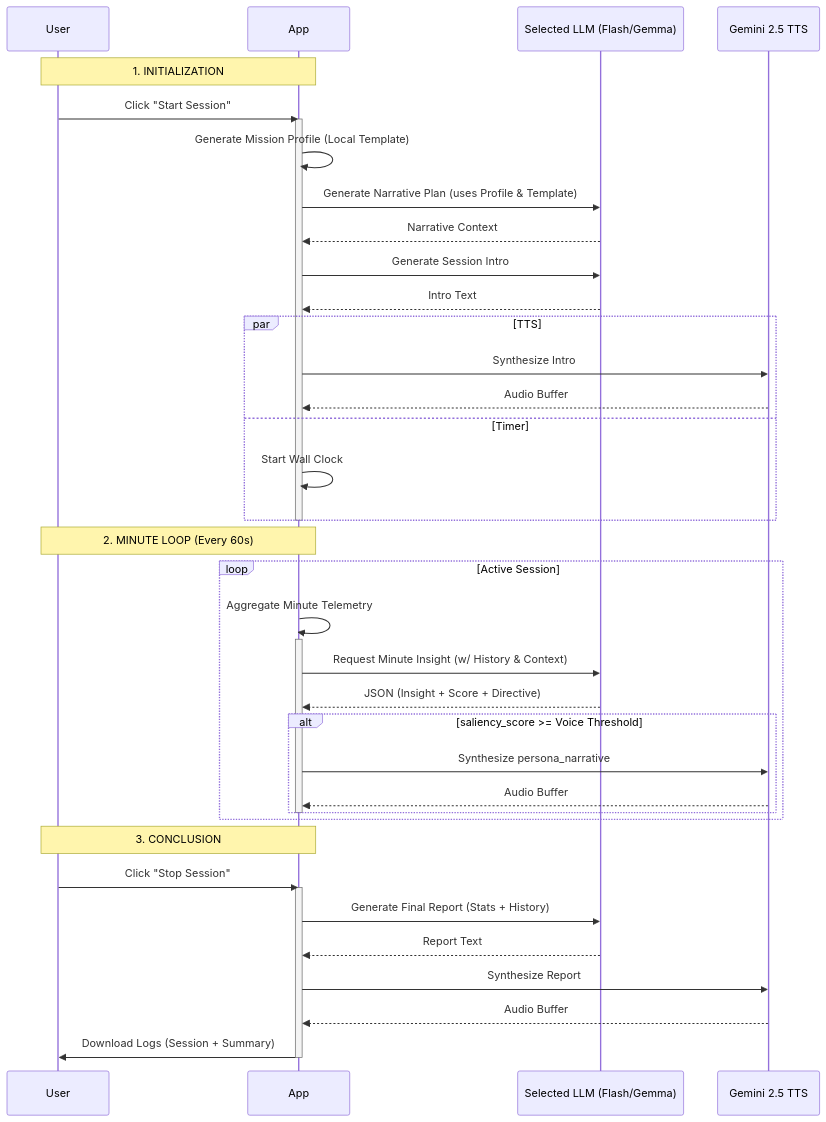
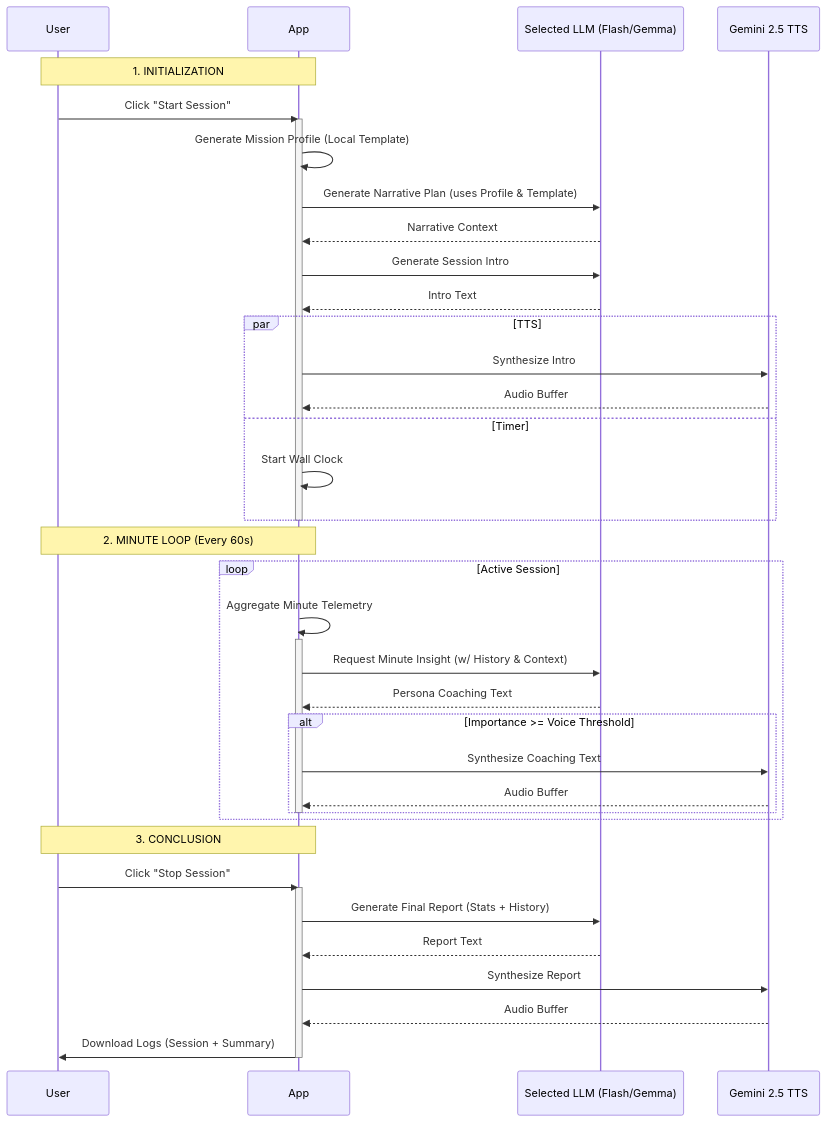
Before and after one commit to frogofprey/aahrm_vibe_proto: the diagram in llm.md, drawn with Mermaid. The commit also changed other lines of this file and 4 other files, not shown here.

First line of the commit message:
refactor: replace saliency scoring with importance metric

````diff
--- a/llm.md
+++ b/llm.md
@@ -153,47 +153,47 @@
 ```mermaid
 sequenceDiagram
     participant User
     participant App
     participant AI as Selected LLM (Flash/Gemma)
     participant TTS as Gemini 2.5 TTS
 
     Note over User, App: 1. INITIALIZATION
     User->>App: Click "Start Session"
     activate App
     App->>App: Generate Mission Profile (Local Template)
     App->>AI: Generate Narrative Plan (uses Profile & Template)
     AI-->>App: Narrative Context
     App->>AI: Generate Session Intro
     AI-->>App: Intro Text
     par TTS
         App->>TTS: Synthesize Intro
         TTS-->>App: Audio Buffer
     and Timer
         App->>App: Start Wall Clock
     end
     deactivate App
 
     Note over User, App: 2. MINUTE LOOP (Every 60s)
     loop Active Session
         App->>App: Aggregate Minute Telemetry
         activate App
         App->>AI: Request Minute Insight (w/ History & Context)
-        AI-->>App: JSON (Insight + Score + Directive)
+        AI-->>App: Persona Coaching Text
         
-        alt saliency_score >= Voice Threshold
-            App->>TTS: Synthesize persona_narrative
+        alt Importance >= Voice Threshold
+            App->>TTS: Synthesize Coaching Text
             TTS-->>App: Audio Buffer
         end
         deactivate App
     end
 
     Note over User, App: 3. CONCLUSION
     User->>App: Click "Stop Session"
     activate App
     App->>AI: Generate Final Report (Stats + History)
     AI-->>App: Report Text
     App->>TTS: Synthesize Report
     TTS-->>App: Audio Buffer
     App->>User: Download Logs (Session + Summary)
     deactivate App
 ```
````
